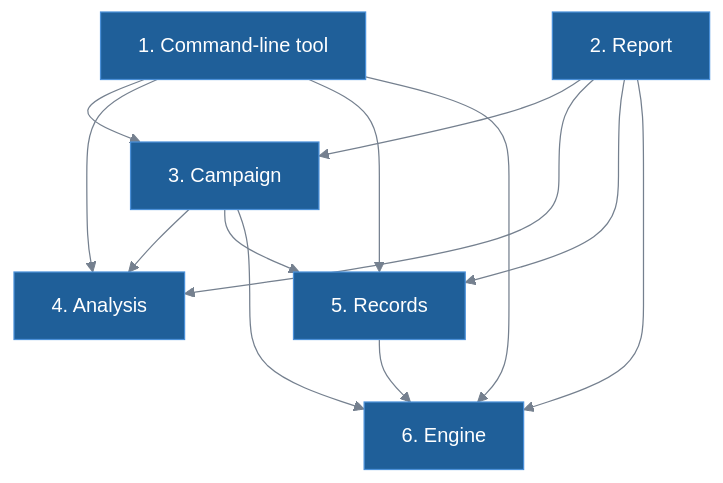
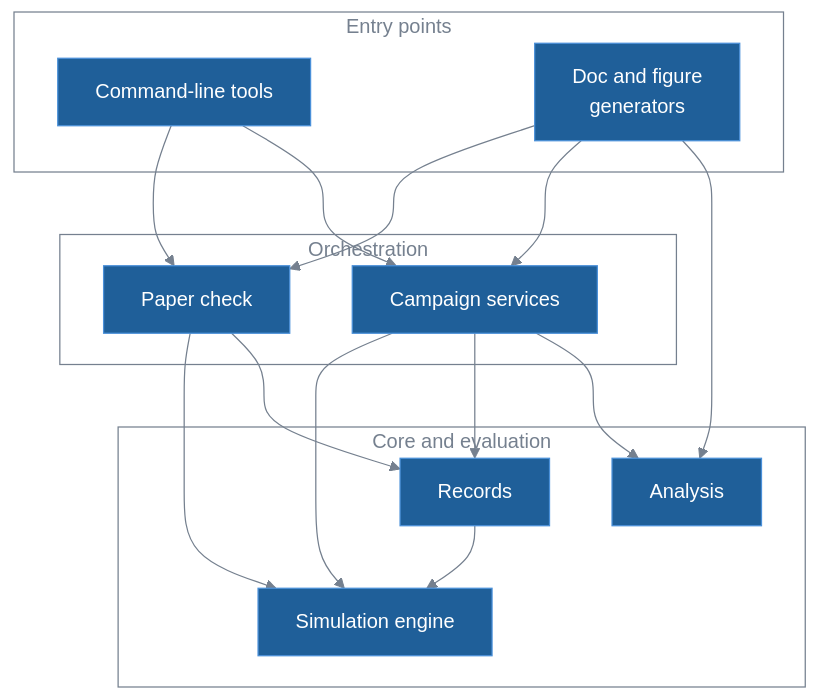
The first of 2 diagrams in docs/codes/architecture.md (lykimq/HerdSim), drawn with Mermaid before and after one commit. The commit also changed other lines of this file and 8 other files, not shown here.

````diff
--- a/docs/codes/architecture.md
+++ b/docs/codes/architecture.md
@@ -22,23 +20,29 @@
 ```mermaid
 %%{init: {"theme": "base", "themeVariables": {"primaryColor": "#1f5f99", "primaryTextColor": "#ffffff", "primaryBorderColor": "#4a90d9", "lineColor": "#75808f", "tertiaryTextColor": "#75808f", "titleColor": "#75808f", "clusterBkg": "transparent", "clusterBorder": "#75808f", "edgeLabelBackground": "transparent"}}}%%
 flowchart TB
-    tools["1. Command-line tool"]
-    report["2. Report"]
-    campaign["3. Campaign"]
-    analysis["4. Analysis"]
-    records["5. Records"]
-    engine["6. Engine"]
+    subgraph entry["Entry points"]
+        cli["Command-line tools"]
+        docs["Doc and figure<br/>generators"]
+    end
+    subgraph orch["Orchestration"]
+        campaign["Campaign services"]
+        paper["Paper check"]
+    end
+    subgraph core["Core and evaluation"]
+        analysis["Analysis"]
+        records["Records"]
+        engine["Simulation engine"]
+    end
 
-    tools --> campaign
-    tools --> analysis
-    tools --> records
-    tools --> engine
-    report --> campaign
-    report --> analysis
-    report --> records
-    report --> engine
+    cli --> campaign
+    cli --> paper
+    docs --> analysis
+    docs --> campaign
+    docs --> paper
     campaign --> analysis
     campaign --> records
     campaign --> engine
+    paper --> records
+    paper --> engine
     records --> engine
 ```
````
